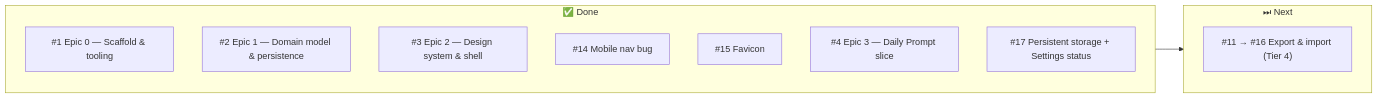
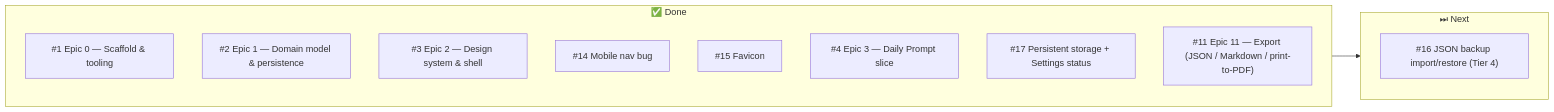
Before and after one commit to ZhannaM85/life-kaleidoscope: the third of 3 diagrams in docs/ARCHITECTURE.md, drawn with Mermaid. The commit also changed other lines of this file and 9 other files, not shown here.

Commit message:
Fix #11: Epic 11 — Export

````diff
--- a/docs/ARCHITECTURE.md
+++ b/docs/ARCHITECTURE.md
@@ -296,16 +313,17 @@
 ```mermaid
 flowchart LR
     subgraph Done ["✅ Done"]
         E0["#1 Epic 0 — Scaffold & tooling"]
         E1["#2 Epic 1 — Domain model & persistence"]
         E2["#3 Epic 2 — Design system & shell"]
         B14["#14 Mobile nav bug"]
         B15["#15 Favicon"]
         E3["#4 Epic 3 — Daily Prompt slice"]
         PS["#17 Persistent storage + Settings status"]
+        EX["#11 Epic 11 — Export (JSON / Markdown / print-to-PDF)"]
     end
     subgraph Next ["⏭ Next"]
-        DS["#11 → #16 Export & import (Tier 4)"]
+        DS["#16 JSON backup import/restore (Tier 4)"]
     end
     Done --> Next
 ```
````
